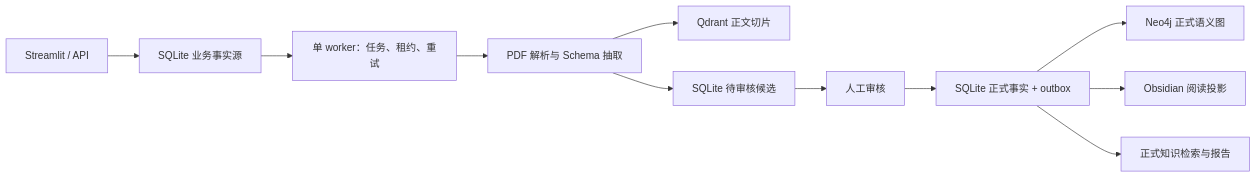
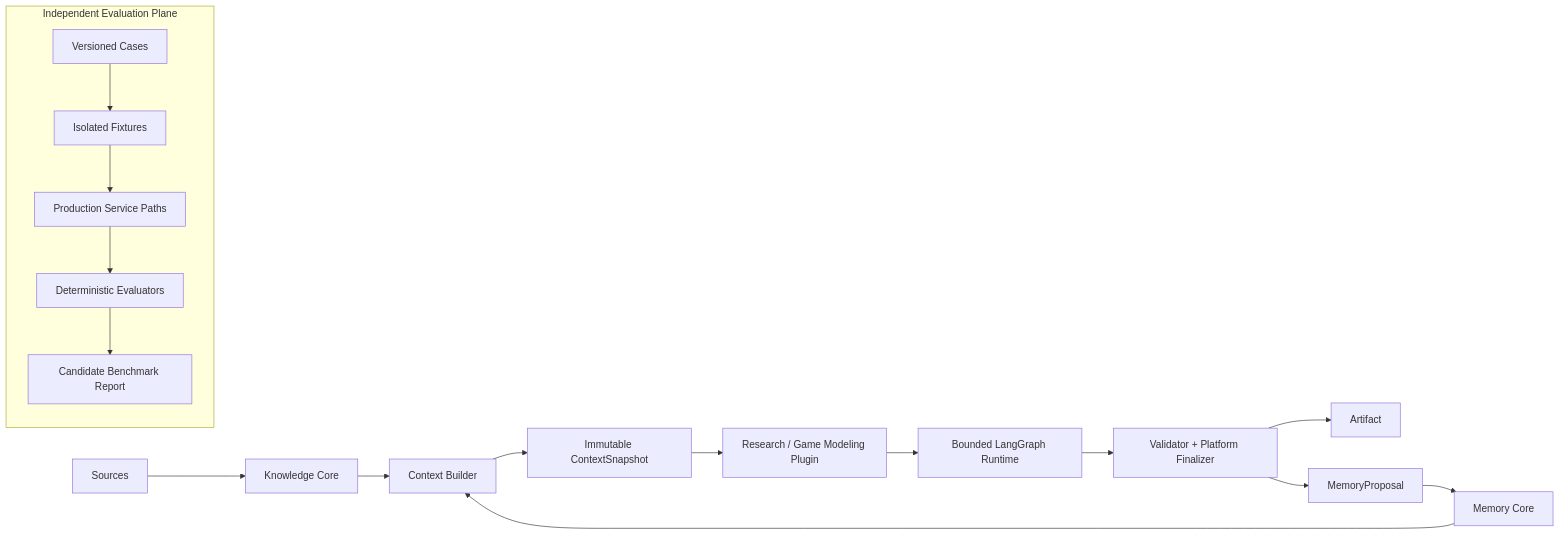
One commit to fanlingxi/AI-Research-Agent changed the diagram in README.md. Above: the diagram before and after it, drawn with Mermaid. The commit also changed other lines of this file and 170 other files, not shown here.

````diff
--- a/README.md
+++ b/README.md
@@ -19,13 +5,20 @@
 ```mermaid
 flowchart LR
-    UI["Streamlit / API"] --> SQLite["SQLite 业务事实源"]
-    SQLite --> Worker["单 worker：任务、租约、重试"]
-    Worker --> PDF["PDF 解析与 Schema 抽取"]
-    PDF --> Qdrant["Qdrant 正文切片"]
-    PDF --> Draft["SQLite 待审核候选"]
-    Draft --> Review["人工审核"]
-    Review --> Facts["SQLite 正式事实 + outbox"]
-    Facts --> Neo4j["Neo4j 正式语义图"]
-    Facts --> Obsidian["Obsidian 阅读投影"]
-    Facts --> Report["正式知识检索与报告"]
+    S["Sources"] --> K["Knowledge Core"]
+    M["Memory Core"] --> C["Context Builder"]
+    K --> C
+    C --> CS["Immutable ContextSnapshot"]
+    CS --> P["Research / Game Modeling Plugin"]
+    P --> R["Bounded LangGraph Runtime"]
+    R --> V["Validator + Platform Finalizer"]
+    V --> A["Artifact"]
+    V --> MP["MemoryProposal"]
+    MP --> M
+
+    subgraph E["Independent Evaluation Plane"]
+      VC["Versioned Cases"] --> IF["Isolated Fixtures"]
+      IF --> PS["Production Service Paths"]
+      PS --> EV["Deterministic Evaluators"]
+      EV --> BR["Candidate Benchmark Report"]
+    end
 ```
````
